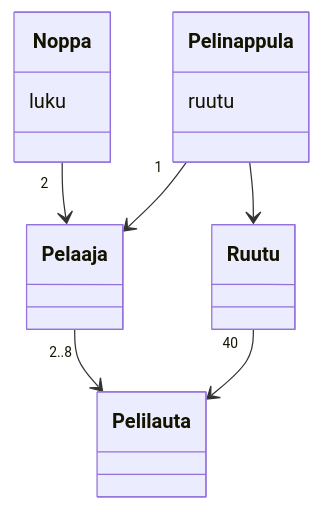
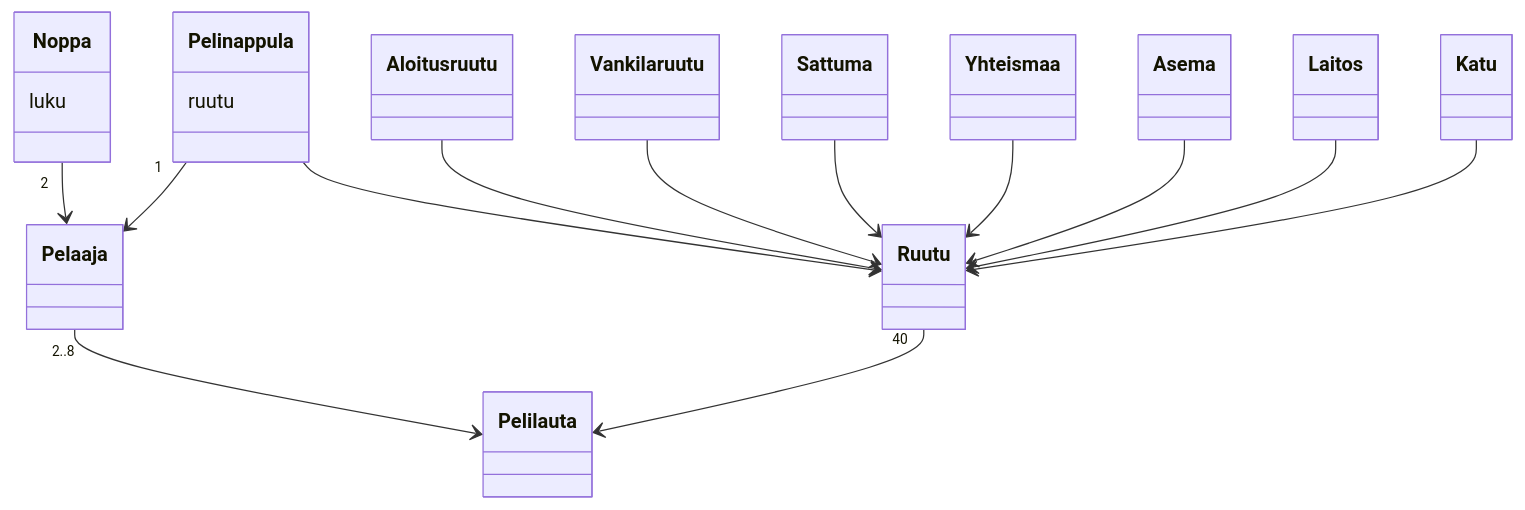
The diagram in laskarit/viikko3/Monopoli_kaavio.md (Yahimoh/ot-harjoitustyo), drawn with Mermaid before and after one commit.

Commit message:
Laajennettu monopoli alustava versio

````diff
--- a/laskarit/viikko3/Monopoli_kaavio.md
+++ b/laskarit/viikko3/Monopoli_kaavio.md
@@ -1,26 +1,57 @@
 ```mermaid
  classDiagram
 	
 	Noppa "2" --> Pelaaja
 	Pelaaja "2..8" --> Pelilauta
 	Ruutu "40" --> Pelilauta
 	Pelinappula "1" --> Pelaaja
 	Pelinappula --> Ruutu
+
+	Aloitusruutu --> Ruutu
+	Vankilaruutu --> Ruutu
+	Sattuma --> Ruutu
+	Yhteismaa --> Ruutu
+	Asema --> Ruutu
+	Laitos --> Ruutu
+	Katu --> Ruutu
+	
 
 	class Noppa {
 		luku
 	}
 
         class Pelaaja {     
         }
 
 	class Pelilauta {
 	}
 
 	class Ruutu {
 	}
 	
 	class Pelinappula {
 		ruutu
 	}
+
+	class Aloitusruutu {
+	}
+
+	class Vankilaruutu {
+	}
+		
+	class Sattuma {
+	}	
+	
+	class Yhteismaa {
+	}
+	
+	class Asema {
+	}
+	
+	class Laitos {
+	}
+
+	class Katu {
+	}
+	 
 ```
````
